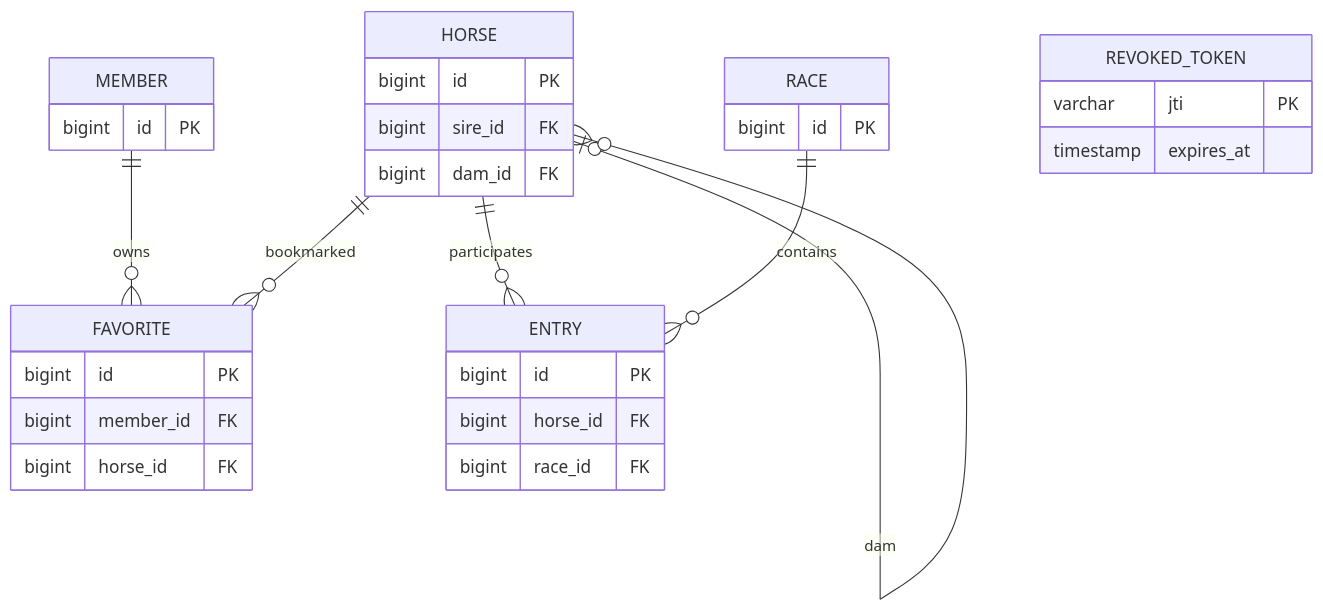
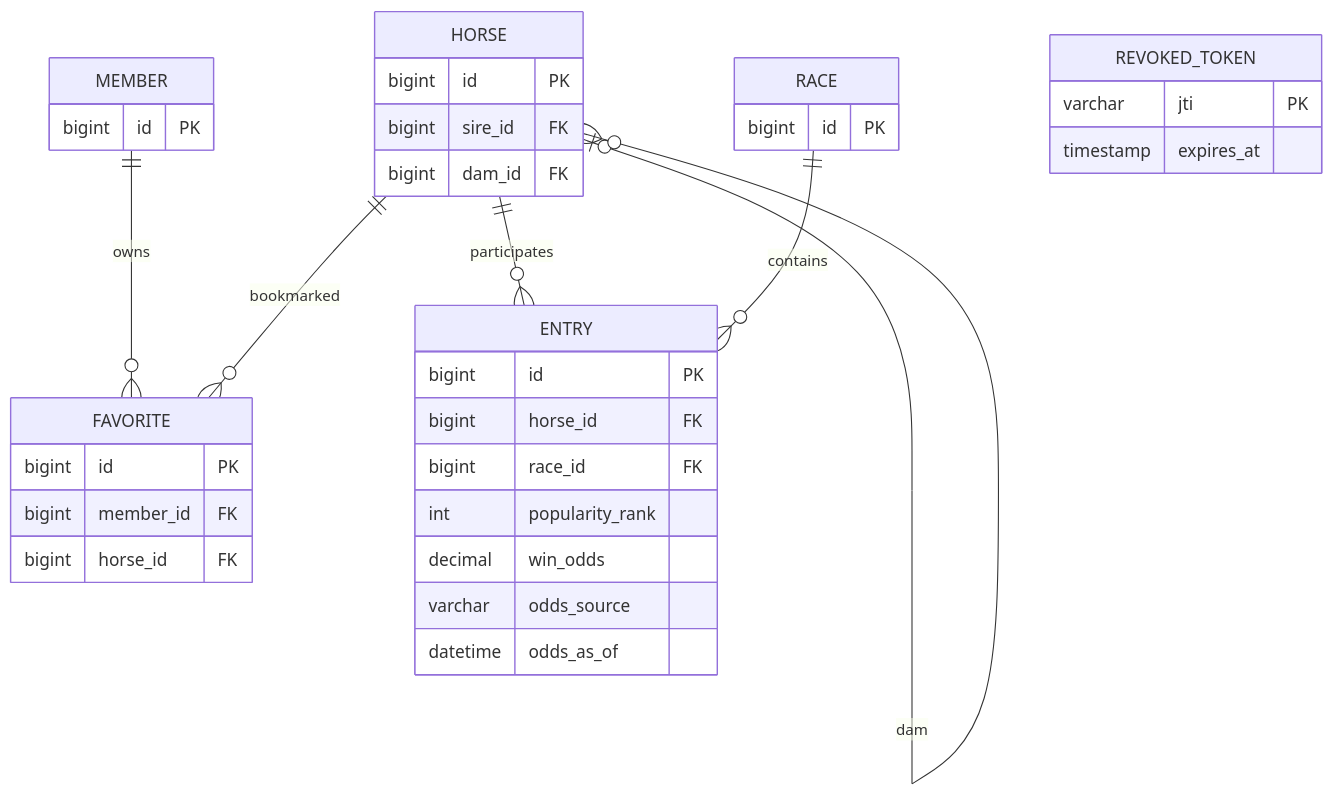
The diagram in ERD.md (hsubin756-pixel/horse_racing_portal), drawn with Mermaid before and after one commit. The commit also changed other lines of this file and 13 other files, not shown here.

Commit message:
Show starter popularity and synthetic win odds with snapshot provenance

````diff
--- a/ERD.md
+++ b/ERD.md
@@ -2,22 +2,26 @@
 ```mermaid
 erDiagram
  MEMBER ||--o{ FAVORITE : owns
  HORSE ||--o{ FAVORITE : bookmarked
  HORSE ||--o{ ENTRY : participates
  RACE ||--o{ ENTRY : contains
  HORSE o|--o{ HORSE : sire
  HORSE o|--o{ HORSE : dam
  MEMBER { bigint id PK }
  HORSE { bigint id PK
  bigint sire_id FK
  bigint dam_id FK }
  RACE { bigint id PK }
  ENTRY { bigint id PK
  bigint horse_id FK
- bigint race_id FK }
+ bigint race_id FK
+ int popularity_rank
+ decimal win_odds
+ varchar odds_source
+ datetime odds_as_of }
  FAVORITE { bigint id PK
  bigint member_id FK
  bigint horse_id FK }
  REVOKED_TOKEN { varchar jti PK
  timestamp expires_at }
 ```
````
